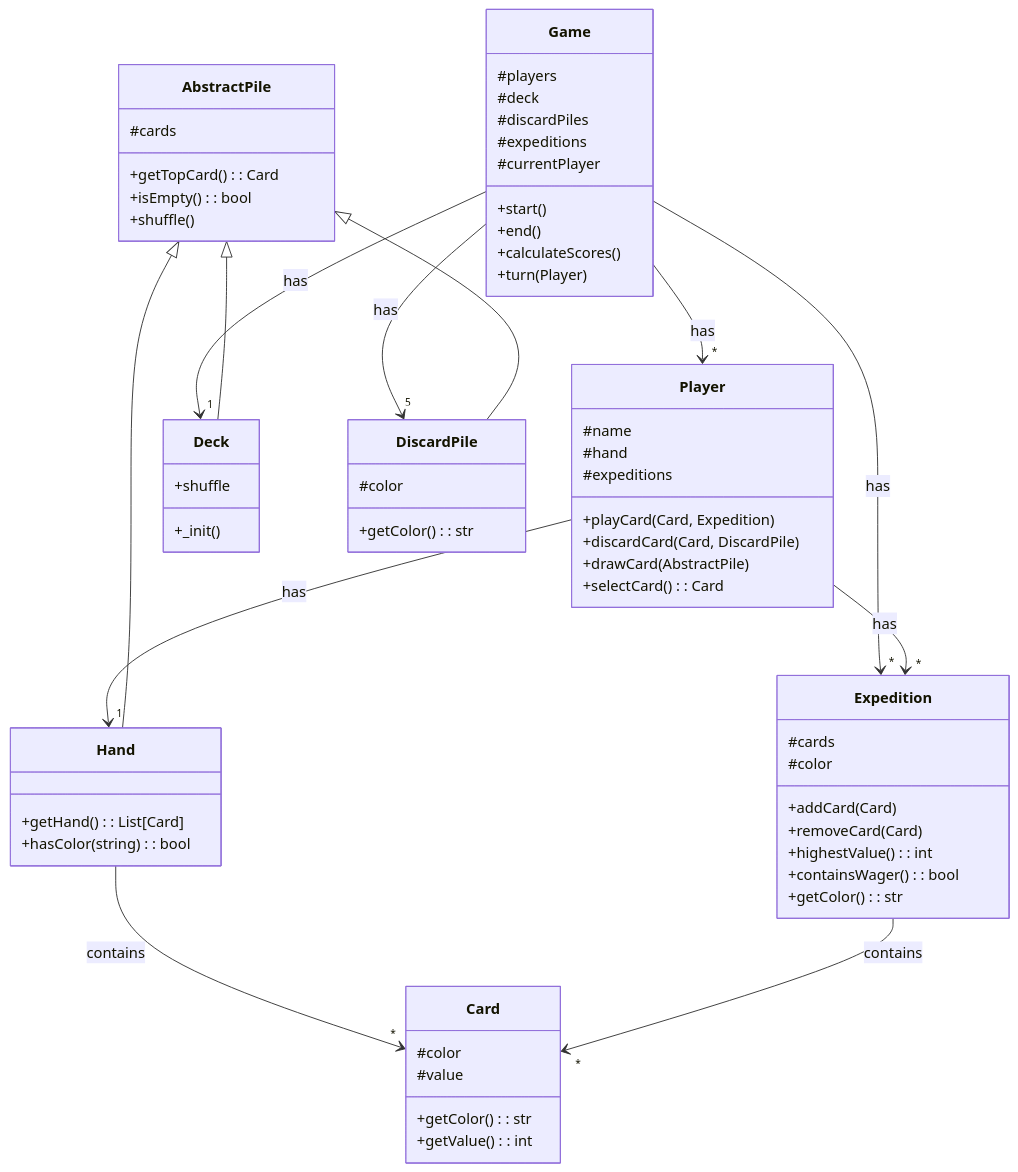
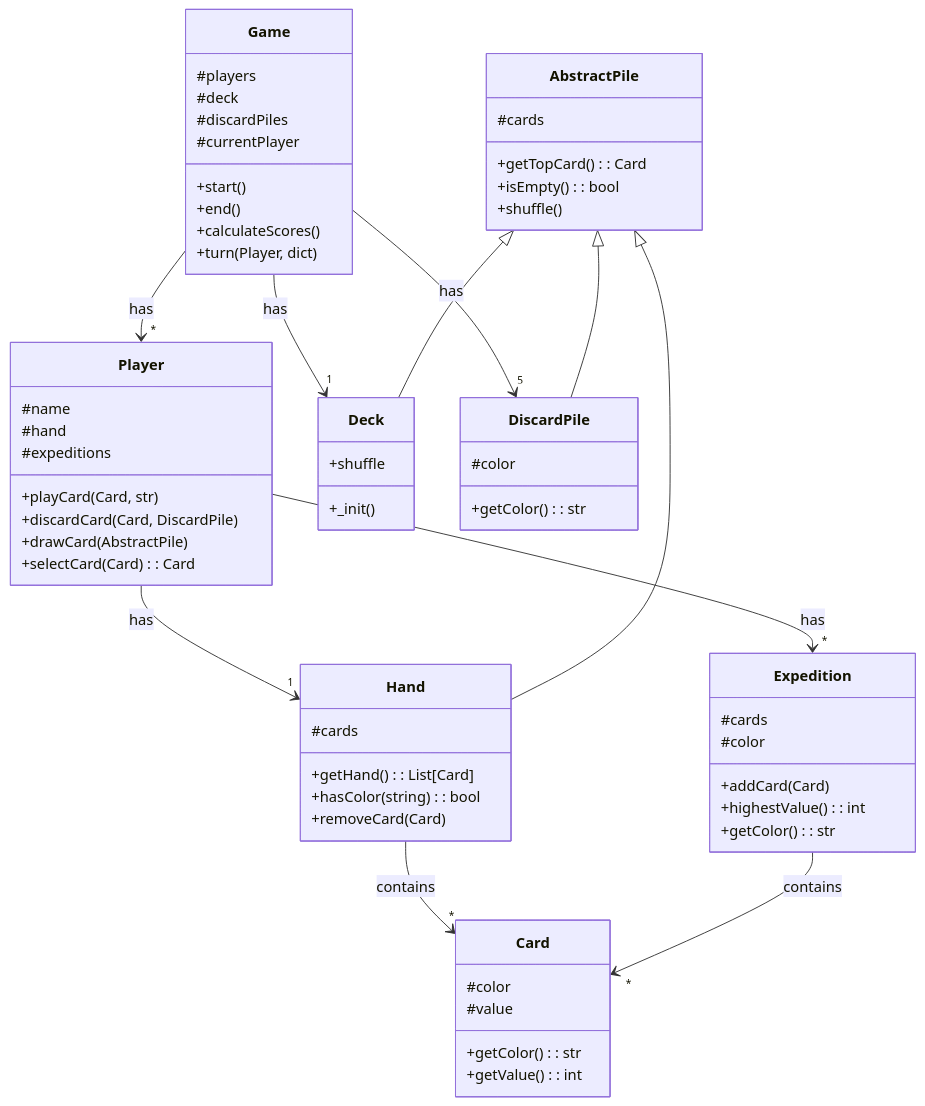
Before and after one commit to Uni-Sopron/szta-23-kebeleicsaba: the diagram in docs/class_diagram/class_diagram.md, drawn with Mermaid. The commit also changed 2 other files, not shown here.

Commit message:
minimal class diagram update

````diff
--- a/docs/class_diagram/class_diagram.md
+++ b/docs/class_diagram/class_diagram.md
@@ -1,67 +1,65 @@
 ```mermaid
 classDiagram
     Game --> "*" Player : has
     Game --> "1" Deck : has
     Game --> "5" DiscardPile : has
-    Game --> "*" Expedition : has
     Player --> "1" Hand : has
     Hand --> "*" Card : contains
     Player --> "*" Expedition : has
     Expedition --> "*" Card : contains
     AbstractPile <|-- Deck
     AbstractPile <|-- DiscardPile
     AbstractPile <|-- Hand
     class Game{
       #players
       #deck
       #discardPiles
-      #expeditions
       #currentPlayer
       +start()
       +end()
       +calculateScores()
-      +turn(Player)
+      +turn(Player, dict)
     }
     class Player{
       #name
       #hand
       #expeditions
-      +playCard(Card, Expedition)
+      +playCard(Card, str)
       +discardCard(Card, DiscardPile)
       +drawCard(AbstractPile)
-      +selectCard() : Card
+      +selectCard(Card) : Card
     }
     class AbstractPile{
       #cards
       +getTopCard() : Card
       +isEmpty() : bool
       +shuffle()
     }
     class Card{
       #color
       #value
       +getColor() : str
       +getValue() : int
     }
     class Deck{
       +_init()
       +shuffle
     }
     class DiscardPile{
       #color
       +getColor() : str
     }
     class Hand{
+      #cards
       +getHand() : List[Card]
       +hasColor(string) : bool
+      +removeCard(Card)
     }
     class Expedition{
       #cards
       #color
       +addCard(Card)
-      +removeCard(Card)
       +highestValue() : int
-      +containsWager() : bool
       +getColor() : str
     }
 ```
````
